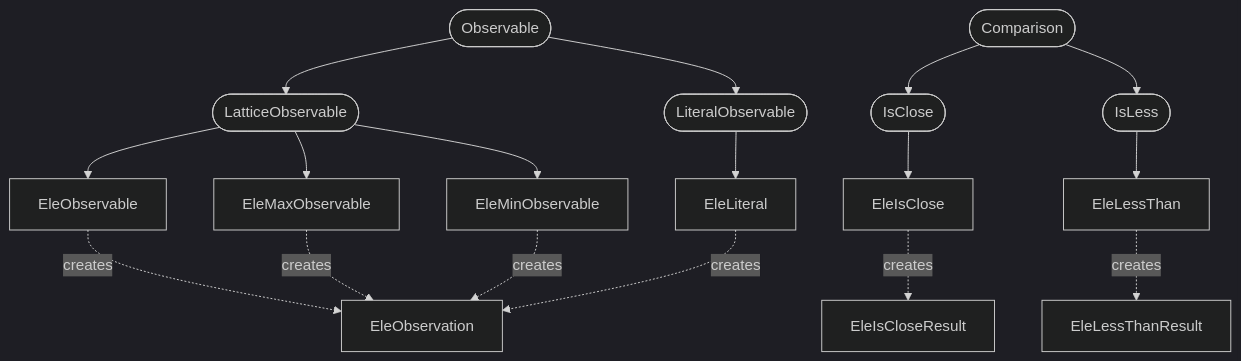
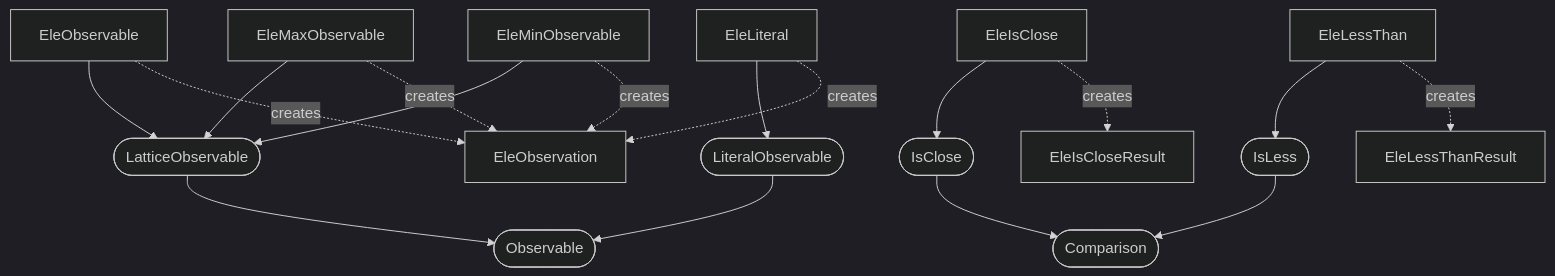
One commit to bmad-sim/pytao changed the first of 2 diagrams in docs/constraints/api/ele.md. Above: the diagram before and after it, drawn with Mermaid (dark theme). The commit also changed other lines of this file and 1 other file, not shown here.

Commit message:
reverse flow charts

````diff
--- a/docs/constraints/api/ele.md
+++ b/docs/constraints/api/ele.md
@@ -9,19 +9,19 @@
 ```mermaid
 flowchart TD
-    Observable([Observable]) --> LatticeObservable([LatticeObservable])
-    Observable --> LiteralObservable([LiteralObservable])
-    LatticeObservable --> EleObservable[EleObservable]
-    LatticeObservable --> EleMaxObservable[EleMaxObservable]
-    LatticeObservable --> EleMinObservable[EleMinObservable]
-    LiteralObservable --> EleLiteral[EleLiteral]
-    Comparison([Comparison]) --> IsClose([IsClose])
-    Comparison --> IsLess([IsLess])
-    IsClose --> EleIsClose[EleIsClose]
-    IsLess --> EleLessThan[EleLessThan]
+    LatticeObservable([LatticeObservable]) --> Observable([Observable])
+    LiteralObservable([LiteralObservable]) --> Observable
+    EleObservable[EleObservable] --> LatticeObservable
+    EleMaxObservable[EleMaxObservable] --> LatticeObservable
+    EleMinObservable[EleMinObservable] --> LatticeObservable
+    EleLiteral[EleLiteral] --> LiteralObservable
+    IsClose([IsClose]) --> Comparison([Comparison])
+    IsLess([IsLess]) --> Comparison
+    EleIsClose[EleIsClose] --> IsClose
+    EleLessThan[EleLessThan] --> IsLess
     EleObservable -. creates .-> EleObservation[EleObservation]
     EleMaxObservable -. creates .-> EleObservation
     EleMinObservable -. creates .-> EleObservation
     EleLiteral -. creates .-> EleObservation
     EleIsClose -. creates .-> EleIsCloseResult[EleIsCloseResult]
     EleLessThan -. creates .-> EleLessThanResult[EleLessThanResult]
 ```
````
